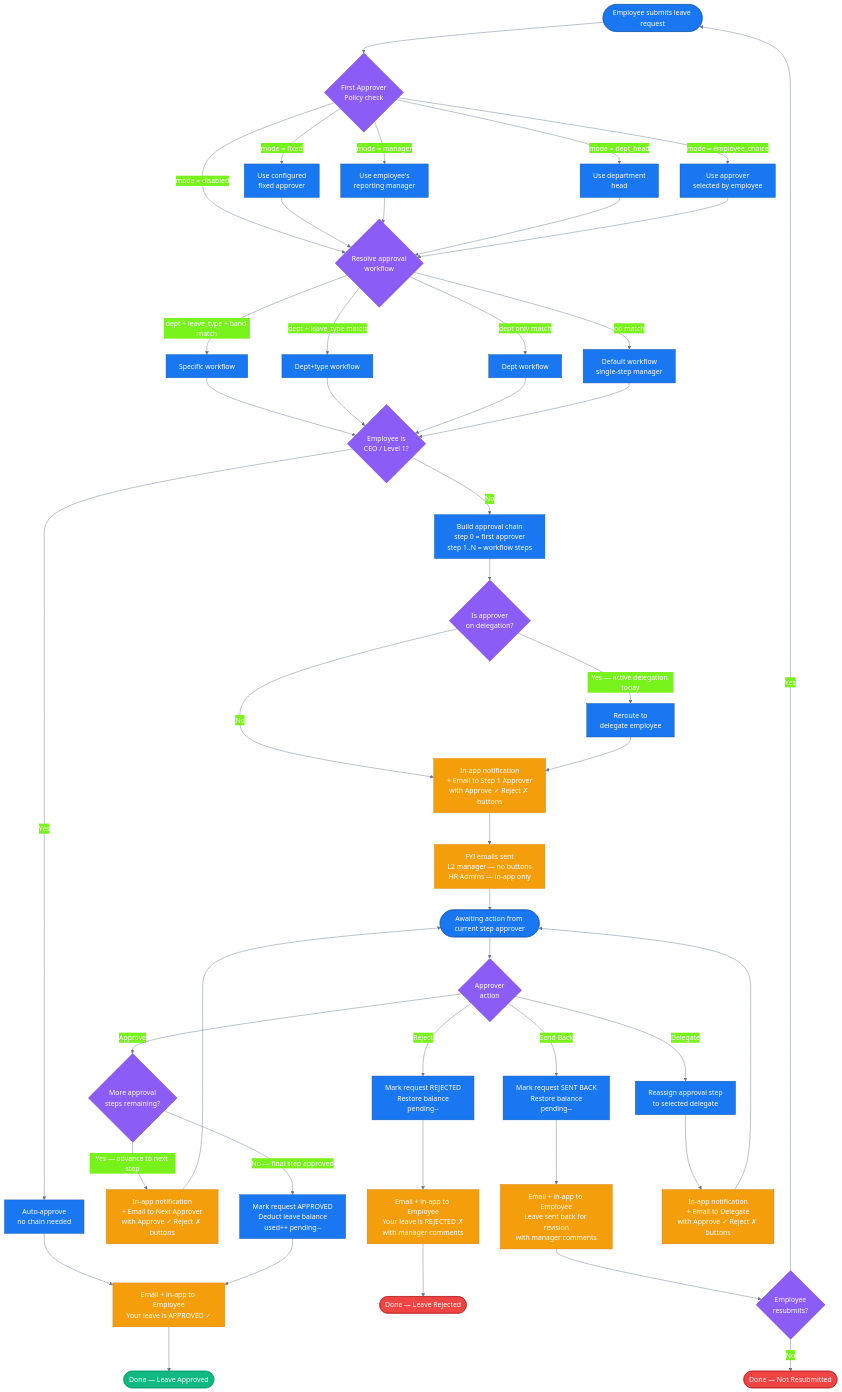
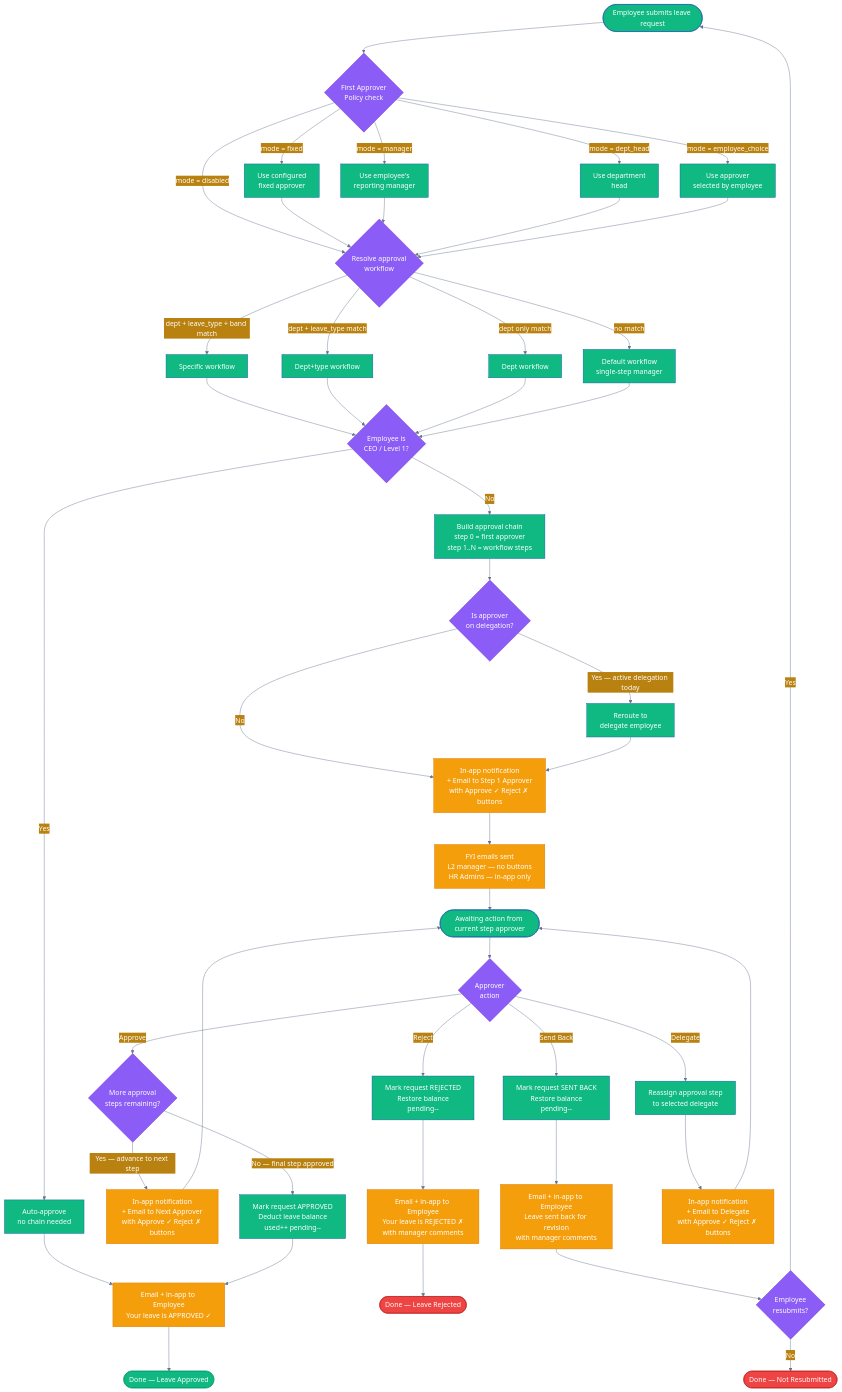
Before and after one commit to ajitbubu/HR-portal: the diagram in diagrams/approval-flow.mmd, drawn with Mermaid. The commit also changed 1 other file, not shown here.

Commit message:
fix: correct Mermaid syntax errors in diagrams
- native.mmd: quote node labels containing & and () to fix parse errors
- diagrams/approval-flow.mmd: include approval flow diagram

```diff
--- a/diagrams/approval-flow.mmd
+++ b/diagrams/approval-flow.mmd
@@ -1,81 +1,81 @@
-%%{init: {'theme': 'base', 'themeVariables': {'primaryColor': '#1A77F2', 'primaryTextColor': '#fff', 'primaryBorderColor': '#1557B0', 'lineColor': '#64748b'}}}%%
+%%{init: {'theme': 'base', 'themeVariables': {'primaryColor': '#10b981', 'primaryTextColor': '#fff', 'primaryBorderColor': '#1557B0', 'lineColor': '#64748b'}}}%%
 
 flowchart TD
     START([Employee submits leave request]) --> POLICY
 
     POLICY{First Approver\nPolicy check}
     POLICY -->|mode = disabled| CHAIN
     POLICY -->|mode = fixed| FA_FIXED[Use configured\nfixed approver]
     POLICY -->|mode = manager| FA_MGR[Use employee's\nreporting manager]
     POLICY -->|mode = dept_head| FA_DH[Use department\nhead]
     POLICY -->|mode = employee_choice| FA_EMP[Use approver\nselected by employee]
     FA_FIXED & FA_MGR & FA_DH & FA_EMP --> CHAIN
 
     CHAIN{Resolve approval\nworkflow}
     CHAIN -->|dept + leave_type + band match| WF1[Specific workflow]
     CHAIN -->|dept + leave_type match| WF2[Dept+type workflow]
     CHAIN -->|dept only match| WF3[Dept workflow]
     CHAIN -->|no match| WF4[Default workflow\nsingle-step manager]
     WF1 & WF2 & WF3 & WF4 --> CEO_CHECK
 
     CEO_CHECK{Employee is\nCEO / Level 1?}
     CEO_CHECK -->|Yes| AUTO_APPROVE[Auto-approve\nno chain needed]
     CEO_CHECK -->|No| BUILD_CHAIN
 
     AUTO_APPROVE --> EMP_APPROVED_EMAIL
 
     BUILD_CHAIN[Build approval chain\nstep 0 = first approver\nstep 1..N = workflow steps]
     BUILD_CHAIN --> DELEGATE_CHECK
 
     DELEGATE_CHECK{Is approver\non delegation?}
     DELEGATE_CHECK -->|Yes — active delegation today| REROUTE[Reroute to\ndelegate employee]
     DELEGATE_CHECK -->|No| NOTIFY_L1
     REROUTE --> NOTIFY_L1
 
     NOTIFY_L1[In-app notification\n+ Email to Step 1 Approver\nwith Approve ✓ Reject ✗ buttons]
     NOTIFY_L1 --> FYI_EMAILS[FYI emails sent\nL2 manager — no buttons\nHR Admins — in-app only]
     FYI_EMAILS --> WAIT
 
     WAIT([Awaiting action from current step approver])
 
     WAIT --> ACTION{Approver\naction}
 
     ACTION -->|Approve| NEXT_CHECK
     ACTION -->|Reject| REJECT_FLOW
     ACTION -->|Send Back| SENDBACK_FLOW
     ACTION -->|Delegate| DELEGATE_FLOW
 
     NEXT_CHECK{More approval\nsteps remaining?}
     NEXT_CHECK -->|Yes — advance to next step| NOTIFY_NEXT[In-app notification\n+ Email to Next Approver\nwith Approve ✓ Reject ✗ buttons]
     NOTIFY_NEXT --> WAIT
 
     NEXT_CHECK -->|No — final step approved| FINALIZE[Mark request APPROVED\nDeduct leave balance\n used++ pending--]
     FINALIZE --> EMP_APPROVED_EMAIL[Email + in-app to Employee\nYour leave is APPROVED ✓]
     EMP_APPROVED_EMAIL --> DONE_APPROVED([Done — Leave Approved])
 
     REJECT_FLOW[Mark request REJECTED\nRestore balance\n pending--]
     REJECT_FLOW --> EMP_REJECTED_EMAIL[Email + in-app to Employee\nYour leave is REJECTED ✗\nwith manager comments]
     EMP_REJECTED_EMAIL --> DONE_REJECTED([Done — Leave Rejected])
 
     SENDBACK_FLOW[Mark request SENT BACK\nRestore balance\n pending--]
     SENDBACK_FLOW --> EMP_SENTBACK_EMAIL[Email + in-app to Employee\nLeave sent back for revision\nwith manager comments]
     EMP_SENTBACK_EMAIL --> RESUBMIT{Employee\nresubmits?}
     RESUBMIT -->|Yes| START
     RESUBMIT -->|No| DONE_SENTBACK([Done — Not Resubmitted])
 
     DELEGATE_FLOW[Reassign approval step\nto selected delegate]
     DELEGATE_FLOW --> NOTIFY_DELEGATE[In-app notification\n+ Email to Delegate\nwith Approve ✓ Reject ✗ buttons]
     NOTIFY_DELEGATE --> WAIT
 
     %% Styling
     classDef action fill:#3b82f6,color:#fff,stroke:#1d4ed8
     classDef terminal fill:#10b981,color:#fff,stroke:#059669
     classDef rejected fill:#ef4444,color:#fff,stroke:#b91c1c
     classDef email fill:#f59e0b,color:#fff,stroke:#d97706
     classDef decision fill:#8b5cf6,color:#fff,stroke:#6d28d9
 
     class NOTIFY_L1,NOTIFY_NEXT,NOTIFY_DELEGATE,FYI_EMAILS email
     class EMP_APPROVED_EMAIL,EMP_REJECTED_EMAIL,EMP_SENTBACK_EMAIL email
     class DONE_APPROVED terminal
     class DONE_REJECTED,DONE_SENTBACK rejected
     class POLICY,CHAIN,CEO_CHECK,DELEGATE_CHECK,ACTION,NEXT_CHECK,RESUBMIT decision
```
